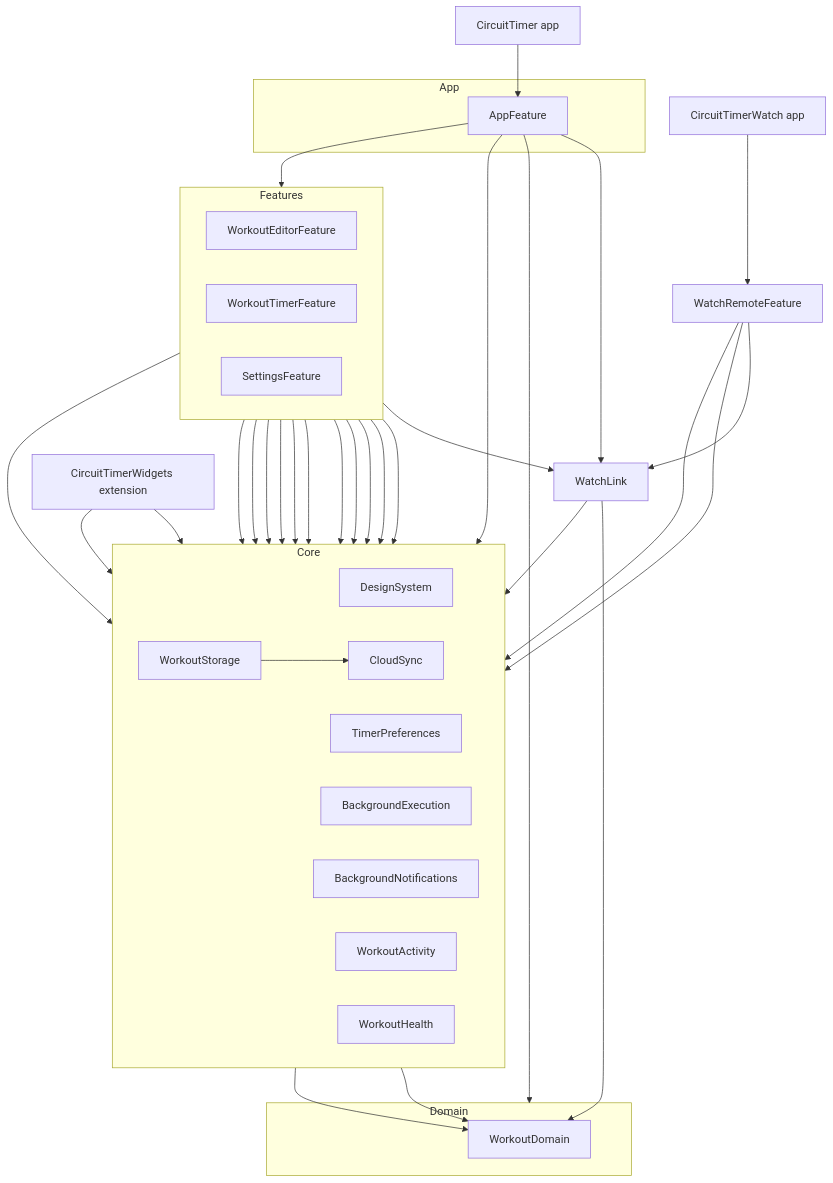
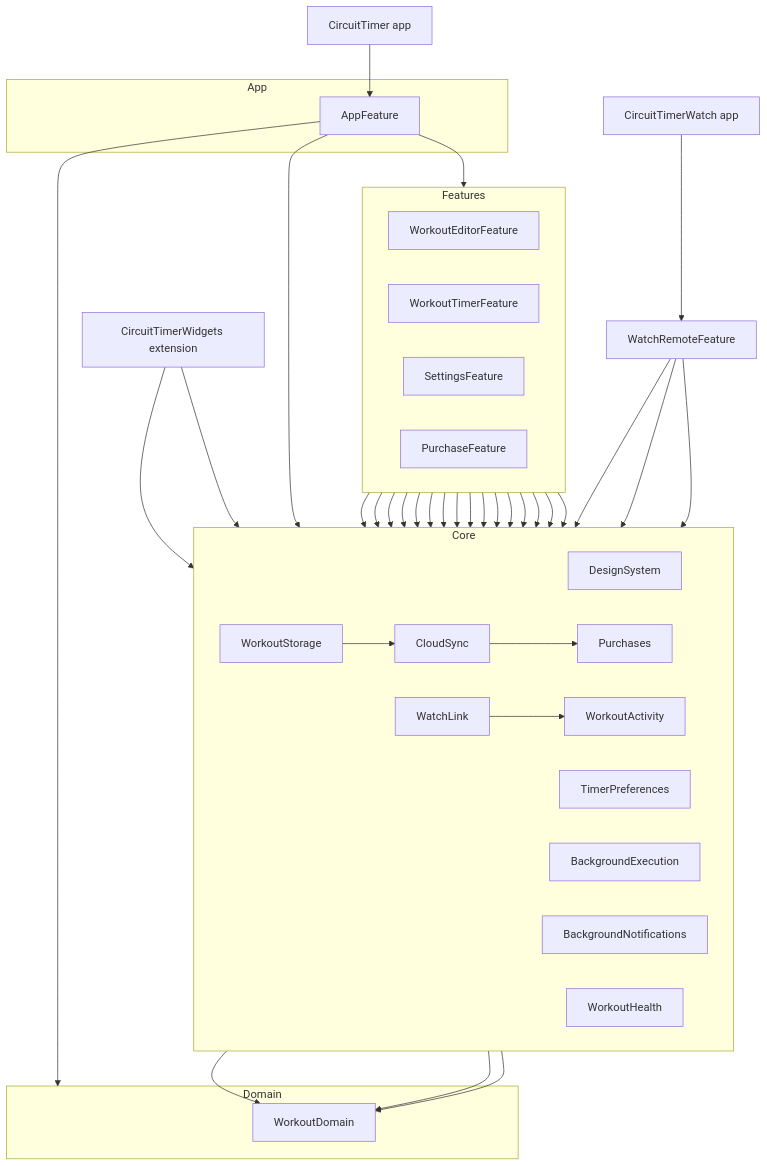
Before and after one commit to akrementsov/CircuitTimer: the diagram in README.md, drawn with Mermaid. The commit also changed other lines of this file and 8 other files, not shown here.

````diff
--- a/README.md
+++ b/README.md
@@ -101,62 +107,68 @@
 ```mermaid
 flowchart TD
     Shell["CircuitTimer app"] --> AppFeature
 
     subgraph AppLayer["App"]
         AppFeature
     end
 
     subgraph Features
         direction LR
         WorkoutEditorFeature
         WorkoutTimerFeature
         SettingsFeature
+        PurchaseFeature
     end
 
     subgraph Core
         direction LR
         DesignSystem
         WorkoutStorage
         TimerPreferences
         BackgroundExecution
         BackgroundNotifications
         WorkoutActivity
         WorkoutHealth
         CloudSync
+        Purchases
+        WatchLink
     end
 
     subgraph Domain
         WorkoutDomain
     end
 
     AppFeature --> Features
     AppFeature --> Core
     AppFeature --> Domain
     WorkoutEditorFeature --> DesignSystem
     WorkoutEditorFeature --> WorkoutStorage
     WorkoutTimerFeature --> DesignSystem
     WorkoutTimerFeature --> WorkoutStorage
     WorkoutTimerFeature --> TimerPreferences
     WorkoutTimerFeature --> BackgroundExecution
     SettingsFeature --> DesignSystem
     SettingsFeature --> TimerPreferences
     SettingsFeature --> CloudSync
+    SettingsFeature --> Purchases
+    PurchaseFeature --> DesignSystem
+    PurchaseFeature --> Purchases
+    CloudSync --> Purchases
     WorkoutTimerFeature --> BackgroundNotifications
     WorkoutTimerFeature --> WorkoutActivity
     WorkoutTimerFeature --> WorkoutHealth
     WorkoutTimerFeature --> WatchLink
     WorkoutStorage --> WorkoutDomain
     WorkoutStorage --> CloudSync
     WorkoutActivity --> WorkoutDomain
 
     Widgets["CircuitTimerWidgets extension"] --> WorkoutActivity
     Widgets --> DesignSystem
 
     Watch["CircuitTimerWatch app"] --> WatchRemoteFeature
     WatchRemoteFeature --> DesignSystem
     WatchRemoteFeature --> WatchLink
     WatchRemoteFeature --> WorkoutActivity
-    AppFeature --> WatchLink
     WatchLink --> WorkoutActivity
     WatchLink --> WorkoutDomain
 ```
````
